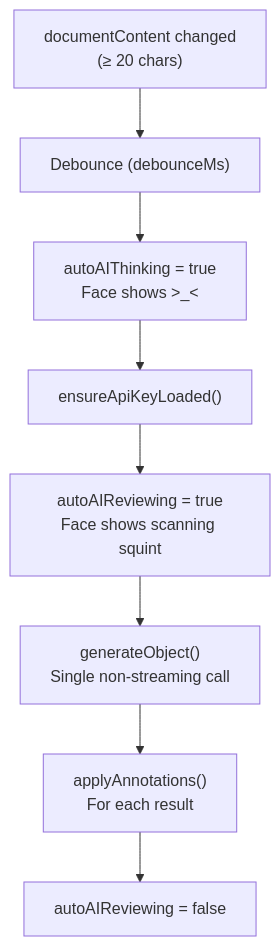
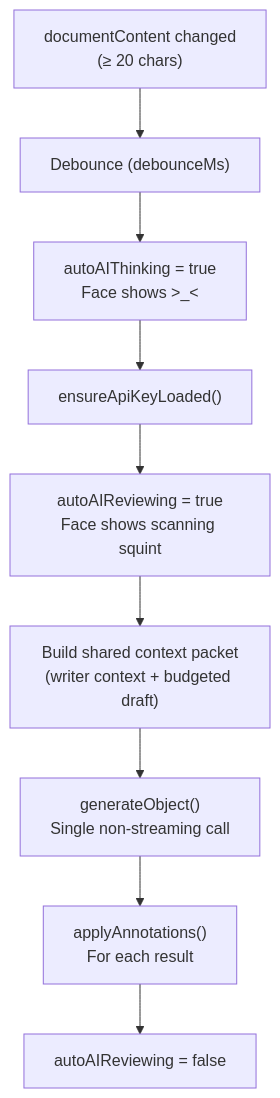
The first of 2 diagrams in docs/autoai.md (ThatXliner/Quillium), drawn with Mermaid before and after one commit. The commit also changed other lines of this file and 13 other files, not shown here.

````diff
--- a/docs/autoai.md
+++ b/docs/autoai.md
@@ -30,13 +30,14 @@
 ```mermaid
 flowchart TD
     Change["documentContent changed<br/>(≥ 20 chars)"]
     Debounce["Debounce (debounceMs)"]
     Thinking["autoAIThinking = true<br/>Face shows >_<"]
     LoadKey["ensureApiKeyLoaded()"]
     Reviewing["autoAIReviewing = true<br/>Face shows scanning squint"]
+    Context["Build shared context packet<br/>(writer context + budgeted draft)"]
     Generate["generateObject()<br/>Single non-streaming call"]
     Apply["applyAnnotations()<br/>For each result"]
     Done["autoAIReviewing = false"]
 
-    Change --> Debounce --> Thinking --> LoadKey --> Reviewing --> Generate --> Apply --> Done
+    Change --> Debounce --> Thinking --> LoadKey --> Reviewing --> Context --> Generate --> Apply --> Done
 ```
````
